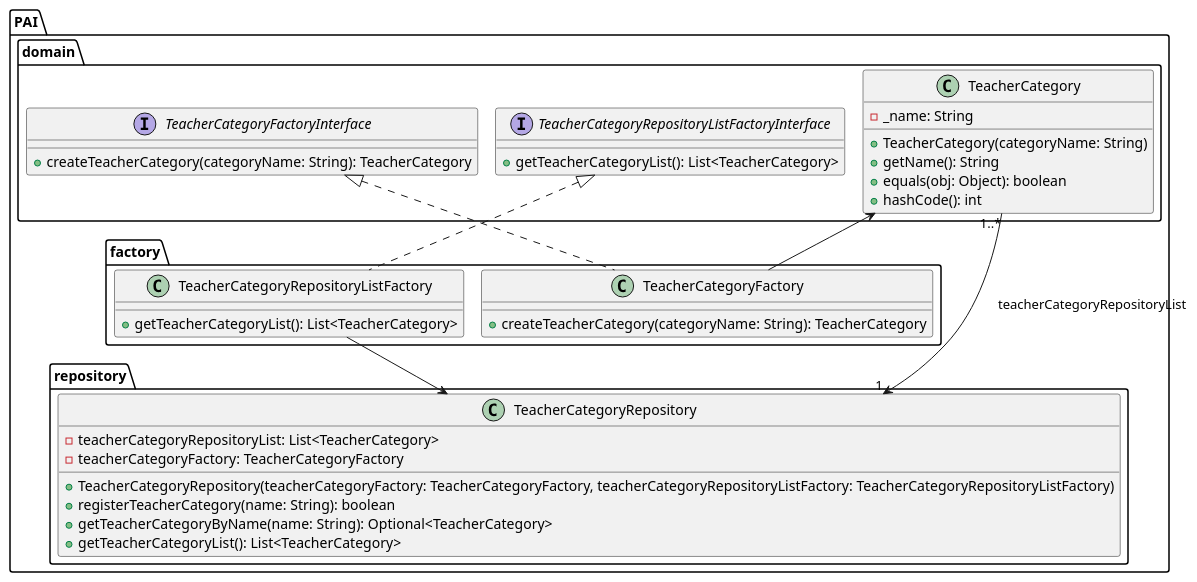
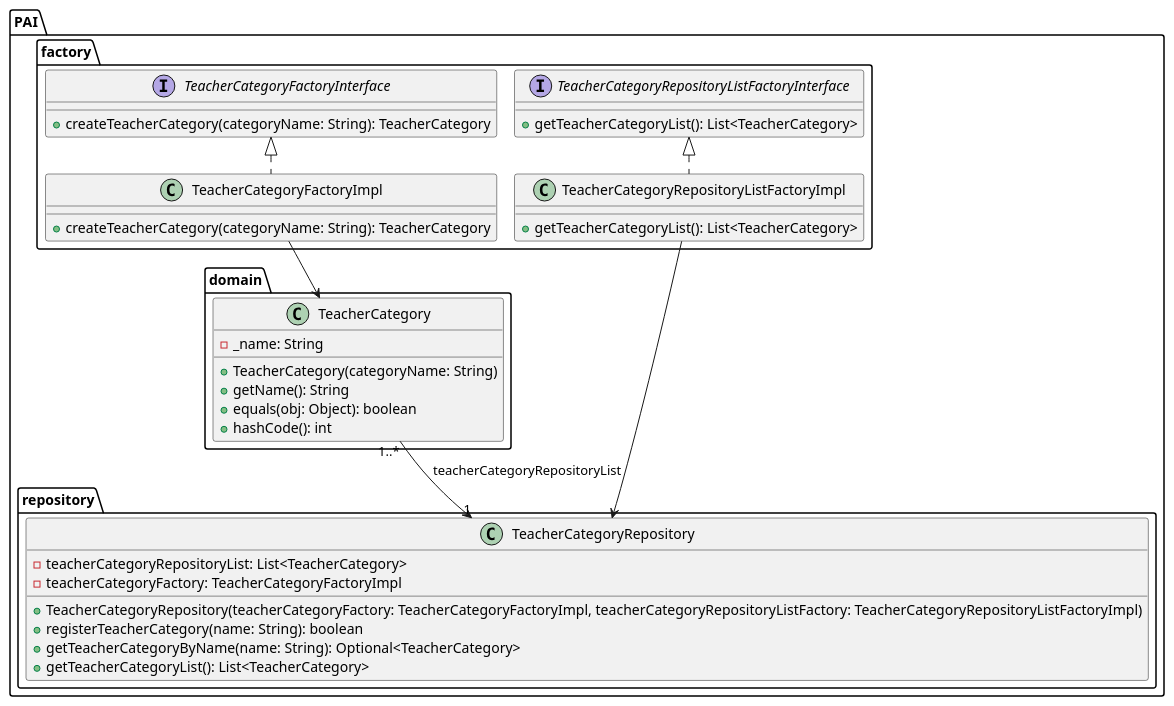
One commit to GasparISEP/DevOps-PAI changed the diagram in docs/US01/US01_ConfigureTeacherCategoryInSystem_ClassDiagram.puml. Above: the diagram before and after it, drawn with PlantUML. The commit also changed 2 other files, not shown here.

Commit message:
update US01_ConfigureTeacherCategoryInSystem_ClassDiagram with renaming and folder organization

```diff
--- a/docs/US01/US01_ConfigureTeacherCategoryInSystem_ClassDiagram.puml
+++ b/docs/US01/US01_ConfigureTeacherCategoryInSystem_ClassDiagram.puml
@@ -1,49 +1,51 @@
 @startuml
 !pragma layout smetana
 
 package "PAI.domain" {
-    interface TeacherCategoryFactoryInterface {
-        + createTeacherCategory(categoryName: String): TeacherCategory
-    }
-
-    interface TeacherCategoryRepositoryListFactoryInterface {
-        + getTeacherCategoryList(): List<TeacherCategory>
-    }
-
     class TeacherCategory {
         - _name: String
         + TeacherCategory(categoryName: String)
         + getName(): String
         + equals(obj: Object): boolean
         + hashCode(): int
     }
 }
 
 package "PAI.factory" {
-    class TeacherCategoryFactory {
+    interface TeacherCategoryFactoryInterface {
         + createTeacherCategory(categoryName: String): TeacherCategory
     }
 
-    class TeacherCategoryRepositoryListFactory {
+    class TeacherCategoryFactoryImpl {
+        + createTeacherCategory(categoryName: String): TeacherCategory
+    }
+
+    interface TeacherCategoryRepositoryListFactoryInterface {
+        + getTeacherCategoryList(): List<TeacherCategory>
+    }
+
+    class TeacherCategoryRepositoryListFactoryImpl {
         + getTeacherCategoryList(): List<TeacherCategory>
     }
 }
 
 package "PAI.repository" {
     class TeacherCategoryRepository {
         - teacherCategoryRepositoryList: List<TeacherCategory>
-        - teacherCategoryFactory: TeacherCategoryFactory
-        + TeacherCategoryRepository(teacherCategoryFactory: TeacherCategoryFactory, teacherCategoryRepositoryListFactory: TeacherCategoryRepositoryListFactory)
+        - teacherCategoryFactory: TeacherCategoryFactoryImpl
+        + TeacherCategoryRepository(teacherCategoryFactory: TeacherCategoryFactoryImpl, teacherCategoryRepositoryListFactory: TeacherCategoryRepositoryListFactoryImpl)
         + registerTeacherCategory(name: String): boolean
         + getTeacherCategoryByName(name: String): Optional<TeacherCategory>
         + getTeacherCategoryList(): List<TeacherCategory>
     }
 }
 
-TeacherCategoryFactoryInterface <|.. TeacherCategoryFactory
-TeacherCategoryRepositoryListFactoryInterface <|.. TeacherCategoryRepositoryListFactory
-TeacherCategoryFactory --> TeacherCategory
-TeacherCategoryRepositoryListFactory --> TeacherCategoryRepository
+TeacherCategoryFactoryInterface <|.. TeacherCategoryFactoryImpl
+TeacherCategoryRepositoryListFactoryInterface <|.. TeacherCategoryRepositoryListFactoryImpl
+
+TeacherCategoryFactoryImpl --> TeacherCategory
+TeacherCategoryRepositoryListFactoryImpl --> TeacherCategoryRepository
+
 TeacherCategory "1..*" --> "1" TeacherCategoryRepository: teacherCategoryRepositoryList
 
 @enduml
```
